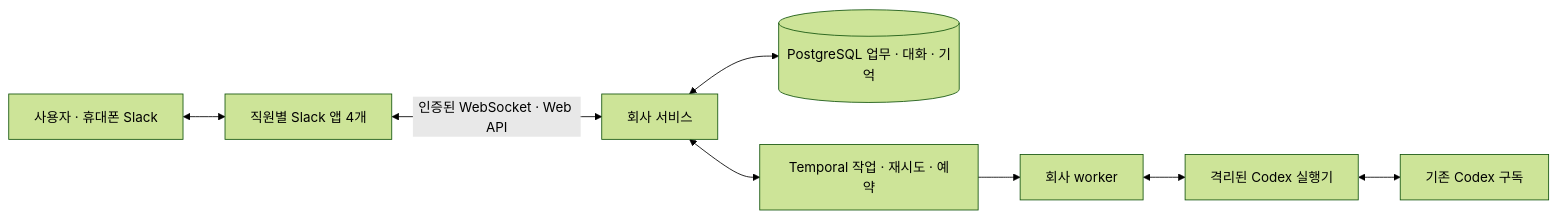
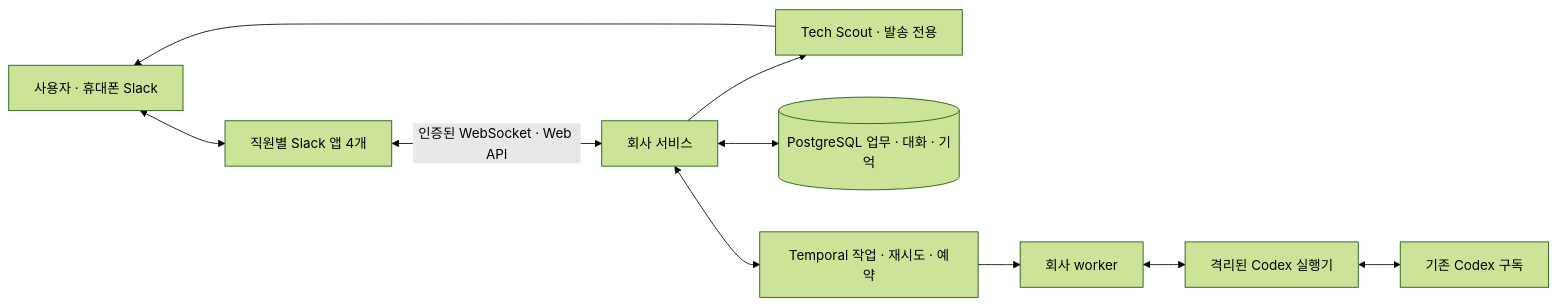
The diagram in README.md (JJongAchii/quant-ai-company), drawn with Mermaid (forest theme) before and after one commit. The commit also changed other lines of this file and 25 other files, not shown here.

Commit message:
Add dedicated Tech Scout feed identity

````diff
--- a/README.md
+++ b/README.md
@@ -45,10 +46,11 @@
 ```mermaid
 flowchart LR
     U[사용자 · 휴대폰 Slack] <--> S[직원별 Slack 앱 4개]
     S <-->|인증된 WebSocket · Web API| C[회사 서비스]
+    C --> TS[Tech Scout · 발송 전용] --> U
     C <--> P[(PostgreSQL 업무 · 대화 · 기억)]
-    C <--> T[Temporal 작업 · 재시도 · 예약]
-    T --> W[회사 worker]
-    W <--> R[격리된 Codex 실행기]
+    C <--> TM[Temporal 작업 · 재시도 · 예약]
+    TM --> WK[회사 worker]
+    WK <--> R[격리된 Codex 실행기]
     R <--> M[기존 Codex 구독]
 ```
````
